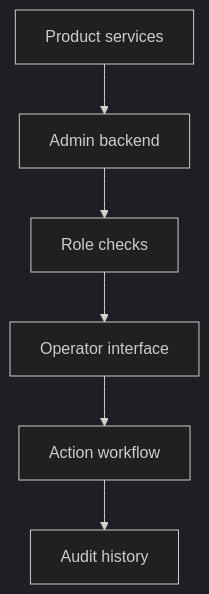
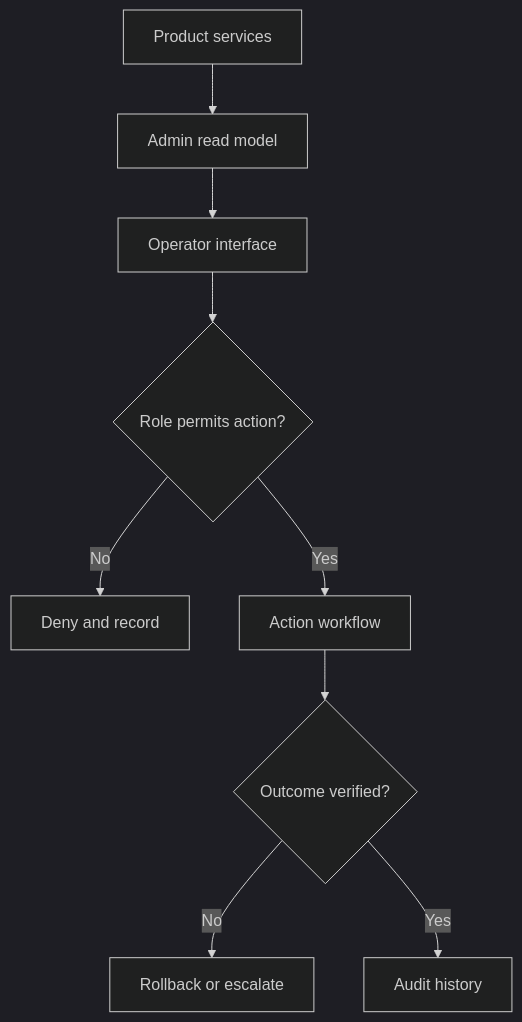
Before and after one commit to J0UH/operational-control-planes: the diagram in README.md, drawn with Mermaid (dark theme). The commit also changed other lines of this file and 2 other files, not shown here.

Commit message:
docs: refine project portfolio

````diff
--- a/README.md
+++ b/README.md
@@ -25,14 +30,13 @@
 ```mermaid
 flowchart TD
-    n0["Product services"]
-    n1["Admin backend"]
-    n2["Role checks"]
-    n3["Operator interface"]
-    n4["Action workflow"]
-    n5["Audit history"]
-    n0 --> n1
-    n1 --> n2
-    n2 --> n3
-    n3 --> n4
-    n4 --> n5
+accTitle: Operational control planes
+accDescr: Product state is separated from the operator view. Consequential actions pass a role gate, are verified after execution, and either produce audit history or move to rollback and escalation.
+    services["Product services"] --> readmodel["Admin read model"]
+    readmodel --> interface["Operator interface"]
+    interface --> role{"Role permits action?"}
+    role -->|No| deny["Deny and record"]
+    role -->|Yes| action["Action workflow"]
+    action --> verify{"Outcome verified?"}
+    verify -->|No| rollback["Rollback or escalate"]
+    verify -->|Yes| audit["Audit history"]
 ```
````
